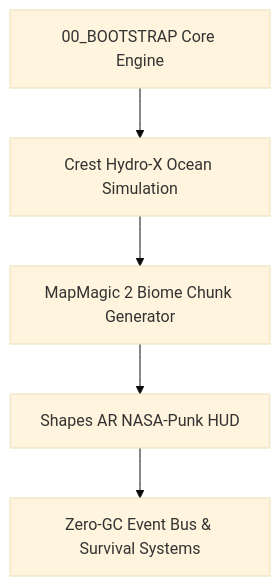
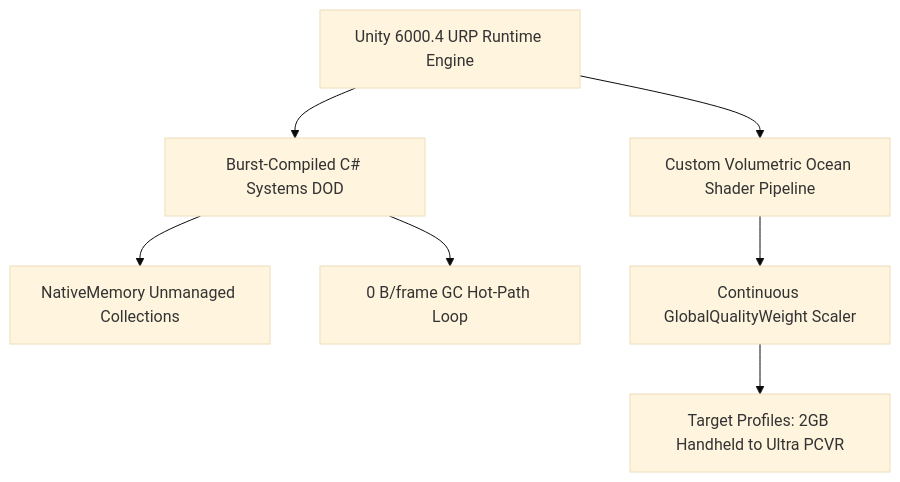
One commit to marko1olo/Hecton8 changed the diagram in README.md. Above: the diagram before and after it, drawn with Mermaid (base theme). The commit also changed other lines of this file, not shown here.

````diff
--- a/README.md
+++ b/README.md
@@ -25,7 +24,9 @@
 ```mermaid
 graph TD
-    A[00_BOOTSTRAP Core Engine] --> B[Crest Hydro-X Ocean Simulation]
-    B --> C[MapMagic 2 Biome Chunk Generator]
-    C --> D[Shapes AR NASA-Punk HUD]
-    D --> E[Zero-GC Event Bus & Survival Systems]
+    A[Unity 6000.4 URP Runtime Engine] --> B[Custom Volumetric Ocean Shader Pipeline]
+    A --> C[Burst-Compiled C# Systems DOD]
+    C --> D[NativeMemory Unmanaged Collections]
+    C --> E[0 B/frame GC Hot-Path Loop]
+    B --> F[Continuous GlobalQualityWeight Scaler]
+    F --> G[Target Profiles: 2GB Handheld to Ultra PCVR]
 ```
````
